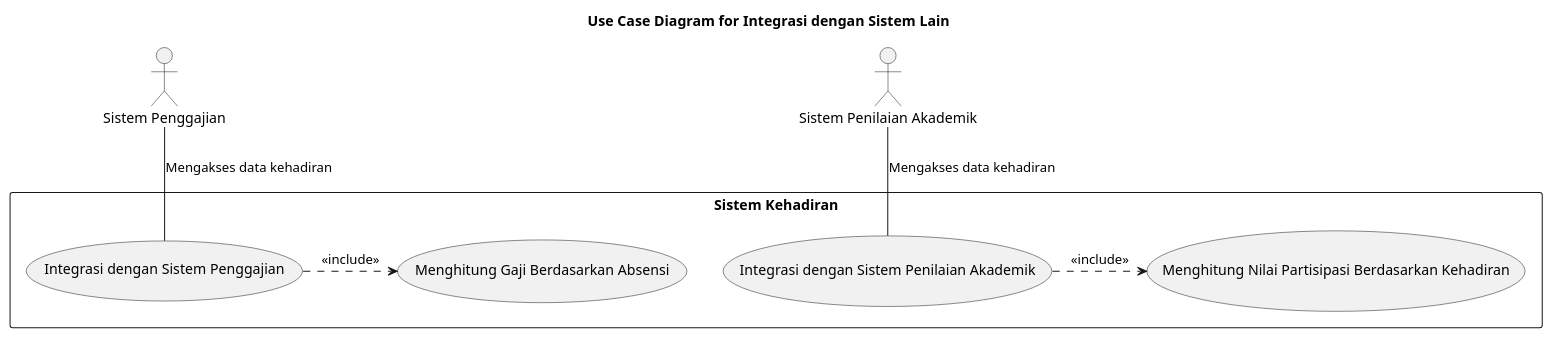
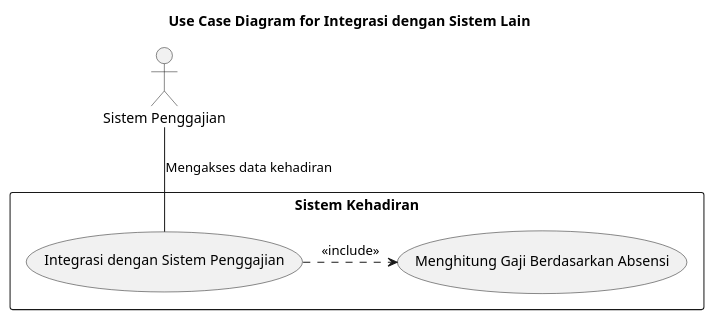
One commit to danielwetan/computer-science changed the diagram in usecase-diagram/face-recognition/external-system-integration/external-system-integration.md. Above: the diagram before and after it, drawn with PlantUML.

Commit message:
feat: remove unused system integration

```diff
--- a/usecase-diagram/face-recognition/external-system-integration/external-system-integration.md
+++ b/usecase-diagram/face-recognition/external-system-integration/external-system-integration.md
@@ -1,21 +1,15 @@
 @startuml
 title Use Case Diagram for Integrasi dengan Sistem Lain
 
 actor "Sistem Penggajian" as PayrollSystem
-actor "Sistem Penilaian Akademik" as AcademicSystem
 
 rectangle "Sistem Kehadiran" {
 
     usecase "Integrasi dengan Sistem Penggajian" as UC1
-    usecase "Integrasi dengan Sistem Penilaian Akademik" as UC2
     usecase "Menghitung Gaji Berdasarkan Absensi" as UC3
-    usecase "Menghitung Nilai Partisipasi Berdasarkan Kehadiran" as UC4
 
     PayrollSystem -- UC1 : Mengakses data kehadiran
     UC1 .> UC3 : <<include>>
-
-    AcademicSystem -- UC2 : Mengakses data kehadiran
-    UC2 .> UC4 : <<include>>
 }
 
 @enduml
```
